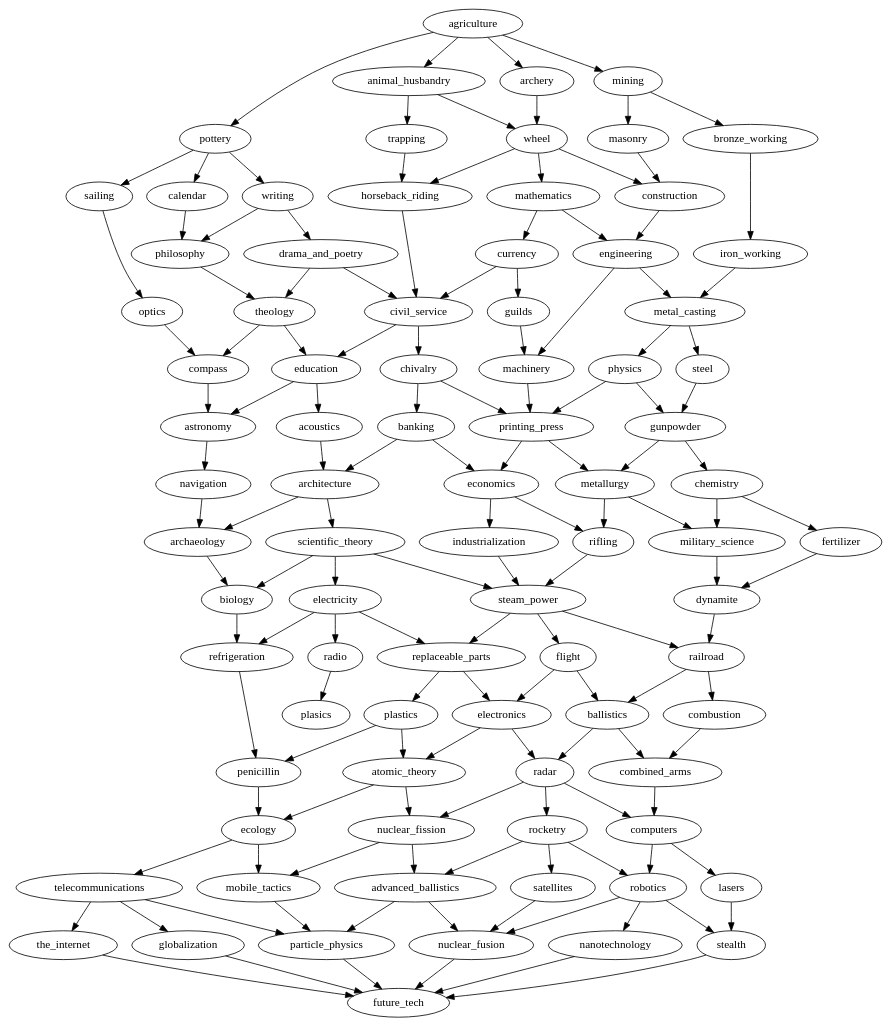
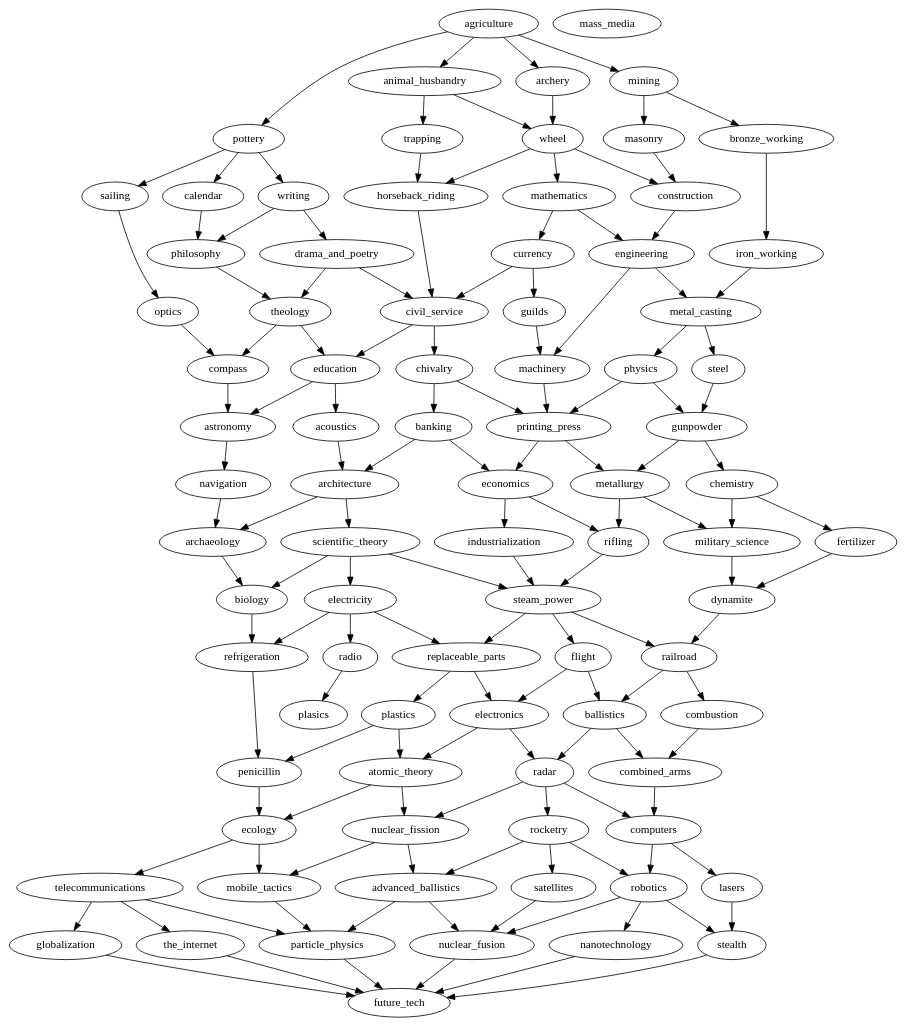
Before and after one commit to jgrey4296/jgrey4296.github.io: the diagram in site/_posts/civ_techtrees/data/civ5.dot, drawn with Graphviz. The commit also changed 86 other files, not shown here.

```diff
--- a/site/_posts/civ_techtrees/data/civ5.dot
+++ b/site/_posts/civ_techtrees/data/civ5.dot
@@ -1,82 +1,108 @@
 digraph civ5 {
-    agriculture -> {pottery; animal_husbandry; archery; mining};
-    pottery -> {sailing; calendar; writing};
-    animal_husbandry -> {trapping; wheel};
-    archery -> {wheel};
-    mining -> {masonry; bronze_working};
-    sailing -> {optics};
-    calendar -> {philosophy};
-    writing -> {philosophy; drama_and_poetry};
-    trapping -> {horseback_riding};
-    wheel -> {horseback_riding; mathematics; construction};
-    masonry -> {construction};
-    bronze_working -> {iron_working};
-    optics -> {compass};
-    philosophy -> {theology};
-    drama_and_poetry -> {theology; civil_service};
-    horseback_riding -> {civil_service};
-    mathematics -> {currency; engineering};
-    construction -> {engineering};
-    currency -> {civil_service; guilds};
-    engineering -> {metal_casting; machinery};
-    iron_working -> {metal_casting};
-    theology -> {compass; education};
-    civil_service -> {education; chivalry};
-    guilds -> {machinery};
-    metal_casting -> {physics; steel};
-    compass -> {astronomy};
-    education -> {astronomy; acoustics};
-    chivalry -> {printing_press; banking};
-    machinery -> {printing_press};
-    physics -> {printing_press; gunpowder};
-    steel -> {gunpowder};
-    astronomy -> {navigation};
-    acoustics -> {architecture};
-    banking -> {architecture; economics};
-    printing_press -> {economics; metallurgy};
-    gunpowder -> {metallurgy; chemistry};
-    navigation -> {archaeology};
-    architecture -> {scientific_theory; archaeology};
-    economics -> {industrialization; rifling};
-    metallurgy -> {rifling; military_science};
-    chemistry -> {military_science; fertilizer};
-    archaeology -> {biology};
-    scientific_theory -> {biology; electricity; steam_power};
-    industrialization -> {steam_power};
-    rifling -> {steam_power};
-    military_science -> {dynamite};
-    fertilizer -> {dynamite};
-    biology -> {refrigeration};
-    electricity -> {refrigeration; radio; replaceable_parts};
-    steam_power -> {replaceable_parts; flight; railroad};
-    dynamite -> {railroad};
-    refrigeration -> {penicillin};
-    radio -> {plasics};
-    replaceable_parts -> {plastics; electronics};
-    flight -> {electronics; ballistics};
-    railroad -> {ballistics; combustion};
-    plastics -> {penicillin; atomic_theory};
-    electronics -> {atomic_theory; radar};
-    ballistics -> {radar; combined_arms};
-    combustion -> {combined_arms};
-    penicillin -> {ecology};
-    atomic_theory -> {ecology; nuclear_fission};
-    radar -> {nuclear_fission; rocketry; computers};
-    combined_arms -> {computers};
-    ecology -> {telecommunications; mobile_tactics};
-    nuclear_fission -> {mobile_tactics; advanced_ballistics};
-    rocketry -> {advanced_ballistics; satellites; robotics};
-    computers -> {robotics; lasers};
-    telecommunications -> {the_internet; globalization; particle_physics};
-    mobile_tactics -> {particle_physics};
+    subgraph ancient     {
+        agriculture; animal_husbandry; archery; bronze_working; calendar; masonry; mining; pottery; sailing; wheel; trapping; writing;
+    }
+    subgraph classical   {
+        construction; currency; drama_and_poetry; engineering; horseback_riding; iron_working; mathematics; optics; philosophy;
+    }
+    subgraph medieval    {
+        chivalry; civil_service; compass; education; guilds; machinery; metal_casting; physics; steel; theology;
+    }
+    subgraph renaissance {
+        acoustics; architecture; astronomy; banking; chemistry; economics; gunpowder; metallurgy; navigation; printing_press;
+    }
+    subgraph industrial  {
+        archaeology; biology; dynamite; electricity; fertilizer; industrialization; military_science; rifling; scientific_theory; steam_power;
+    }
+    subgraph modern      {
+        ballistics; combustion; electronics; flight; mass_media; plastics; radio; railroad; refrigeration; replaceable_parts;
+    }
+    subgraph atomic      {
+        atomic_theory; combined_arms; computers; ecology; nuclear_fission; penicillin; radar; rocketry;
+    }
+    subgraph information {
+        advanced_ballistics; future_tech; globalization; lasers; mobile_tactics; nanotechnology; nuclear_fusion; particle_physics; robotics;
+        satellites; telecommunications; the_internet;
+    }
+
+    agriculture         -> {pottery; animal_husbandry; archery; mining};
+    pottery             -> {sailing; calendar; writing};
+    animal_husbandry    -> {trapping; wheel};
+    archery             -> {wheel};
+    mining              -> {masonry; bronze_working};
+    sailing             -> {optics};
+    calendar            -> {philosophy};
+    writing             -> {philosophy; drama_and_poetry};
+    trapping            -> {horseback_riding};
+    wheel               -> {horseback_riding; mathematics; construction};
+    masonry             -> {construction};
+    bronze_working      -> {iron_working};
+    optics              -> {compass};
+    philosophy          -> {theology};
+    drama_and_poetry    -> {theology; civil_service};
+    horseback_riding    -> {civil_service};
+    mathematics         -> {currency; engineering};
+    construction        -> {engineering};
+    currency            -> {civil_service; guilds};
+    engineering         -> {metal_casting; machinery};
+    iron_working        -> {metal_casting};
+    theology            -> {compass; education};
+    civil_service       -> {education; chivalry};
+    guilds              -> {machinery};
+    metal_casting       -> {physics; steel};
+    compass             -> {astronomy};
+    education           -> {astronomy; acoustics};
+    chivalry            -> {printing_press; banking};
+    machinery           -> {printing_press};
+    physics             -> {printing_press; gunpowder};
+    steel               -> {gunpowder};
+    astronomy           -> {navigation};
+    acoustics           -> {architecture};
+    banking             -> {architecture; economics};
+    printing_press      -> {economics; metallurgy};
+    gunpowder           -> {metallurgy; chemistry};
+    navigation          -> {archaeology};
+    architecture        -> {scientific_theory; archaeology};
+    economics           -> {industrialization; rifling};
+    metallurgy          -> {rifling; military_science};
+    chemistry           -> {military_science; fertilizer};
+    archaeology         -> {biology};
+    scientific_theory   -> {biology; electricity; steam_power};
+    industrialization   -> {steam_power};
+    rifling             -> {steam_power};
+    military_science    -> {dynamite};
+    fertilizer          -> {dynamite};
+    biology             -> {refrigeration};
+    electricity         -> {refrigeration; radio; replaceable_parts};
+    steam_power         -> {replaceable_parts; flight; railroad};
+    dynamite            -> {railroad};
+    refrigeration       -> {penicillin};
+    radio               -> {plasics};
+    replaceable_parts   -> {plastics; electronics};
+    flight              -> {electronics; ballistics};
+    railroad            -> {ballistics; combustion};
+    plastics            -> {penicillin; atomic_theory};
+    electronics         -> {atomic_theory; radar};
+    ballistics          -> {radar; combined_arms};
+    combustion          -> {combined_arms};
+    penicillin          -> {ecology};
+    atomic_theory       -> {ecology; nuclear_fission};
+    radar               -> {nuclear_fission; rocketry; computers};
+    combined_arms       -> {computers};
+    ecology             -> {telecommunications; mobile_tactics};
+    nuclear_fission     -> {mobile_tactics; advanced_ballistics};
+    rocketry            -> {advanced_ballistics; satellites; robotics};
+    computers           -> {robotics; lasers};
+    telecommunications  -> {the_internet; globalization; particle_physics};
+    mobile_tactics      -> {particle_physics};
     advanced_ballistics -> {particle_physics; nuclear_fusion};
-    satellites -> {nuclear_fusion};
-    robotics -> {nuclear_fusion; nanotechnology; stealth};
-    lasers -> {stealth};
-    the_internet -> {future_tech};
-    globalization -> {future_tech};
-    particle_physics -> {future_tech};
-    nuclear_fusion -> {future_tech};
-    nanotechnology -> {future_tech};
-    stealth -> {future_tech};
+    satellites          -> {nuclear_fusion};
+    robotics            -> {nuclear_fusion; nanotechnology; stealth};
+    lasers              -> {stealth};
+    the_internet        -> {future_tech};
+    globalization       -> {future_tech};
+    particle_physics    -> {future_tech};
+    nuclear_fusion      -> {future_tech};
+    nanotechnology      -> {future_tech};
+    stealth             -> {future_tech};
 }
```
